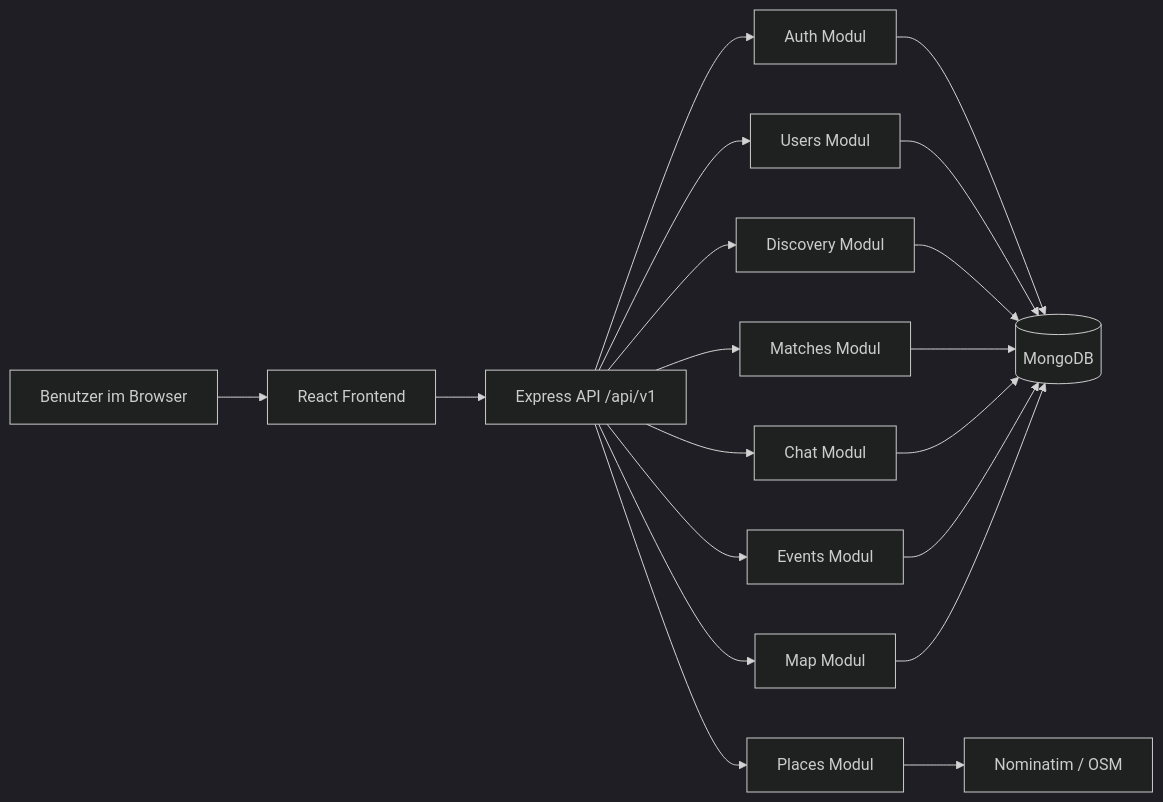
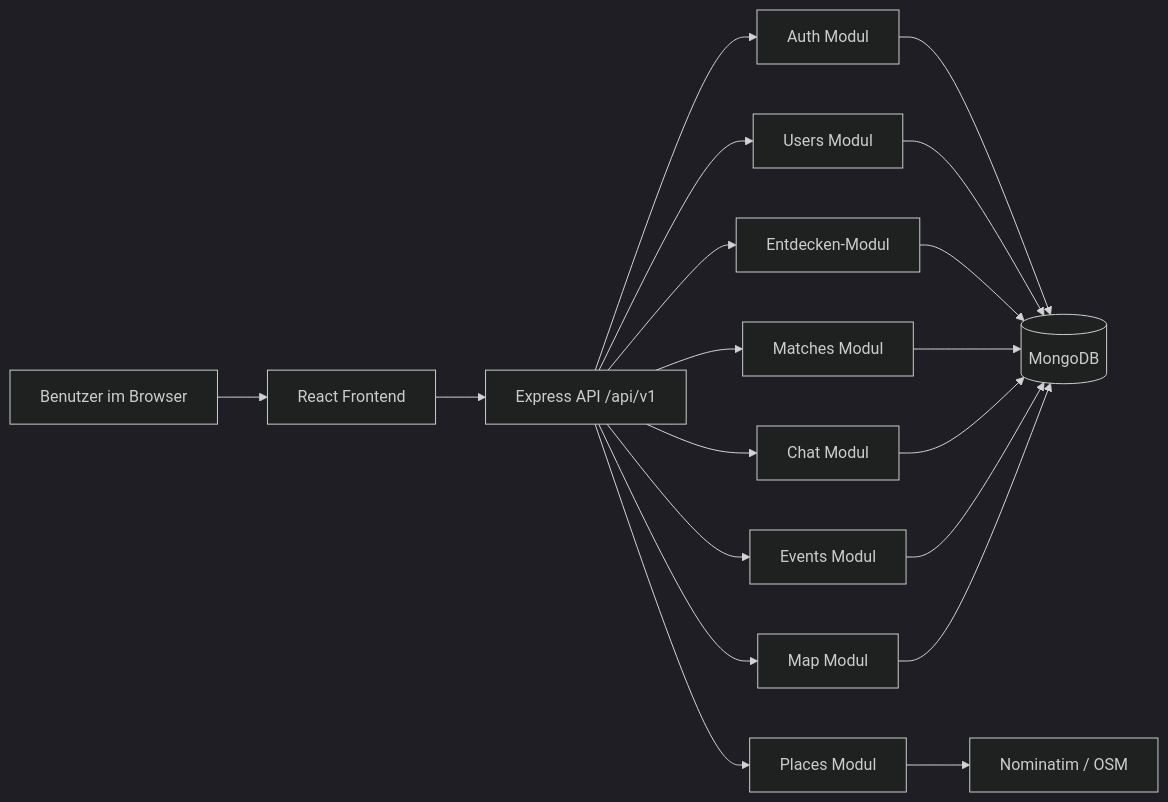
Before and after one commit to pleonastic6/PMA: the diagram in docs/architecture/component-diagram.md, drawn with Mermaid (dark theme). The commit also changed 27 other files, not shown here.

````diff
--- a/docs/architecture/component-diagram.md
+++ b/docs/architecture/component-diagram.md
@@ -3,36 +3,36 @@
 ```mermaid
 flowchart LR
     U[Benutzer im Browser]
     FE[React Frontend]
     API[Express API /api/v1]
     AUTH[Auth Modul]
     USERS[Users Modul]
-    DISC[Discovery Modul]
+    DISC[Entdecken-Modul]
     MATCH[Matches Modul]
     CHAT[Chat Modul]
     EVENTS[Events Modul]
     MAP[Map Modul]
     PLACES[Places Modul]
     DB[(MongoDB)]
     OSM[Nominatim / OSM]
 
     U --> FE
     FE --> API
     API --> AUTH
     API --> USERS
     API --> DISC
     API --> MATCH
     API --> CHAT
     API --> EVENTS
     API --> MAP
     API --> PLACES
 
     AUTH --> DB
     USERS --> DB
     DISC --> DB
     MATCH --> DB
     CHAT --> DB
     EVENTS --> DB
     MAP --> DB
     PLACES --> OSM
 ```
````
